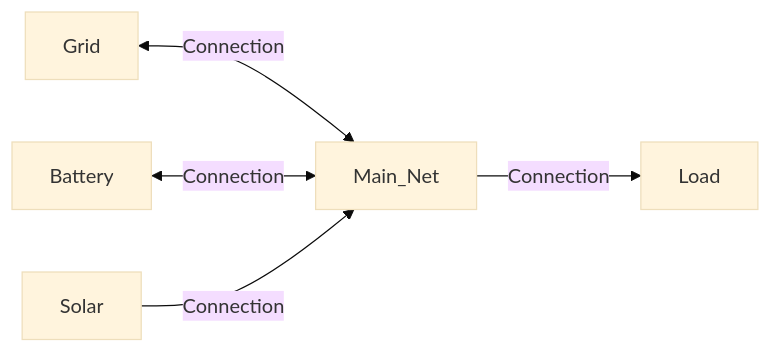
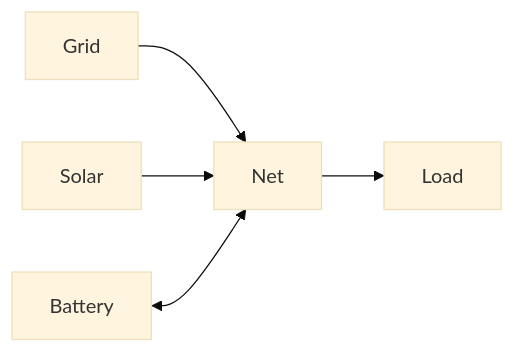
One commit to hass-energy/haeo changed the first of 2 diagrams in docs/modeling/net-entity.md. Above: the diagram before and after it, drawn with Mermaid (base theme). The commit also changed other lines of this file and 8 other files, not shown here.

````diff
--- a/docs/modeling/net-entity.md
+++ b/docs/modeling/net-entity.md
@@ -148,7 +46,7 @@
 ```mermaid
 graph LR
-    Grid[Grid] <-->|Connection| Net[Main_Net]
-    Battery[Battery] <-->|Connection| Net
-    Solar[Solar] -->|Connection| Net
-    Net -->|Connection| Load[Load]
+    Grid-->Net
+    Solar-->Net
+    Battery<-->Net
+    Net-->Load
 ```
````
